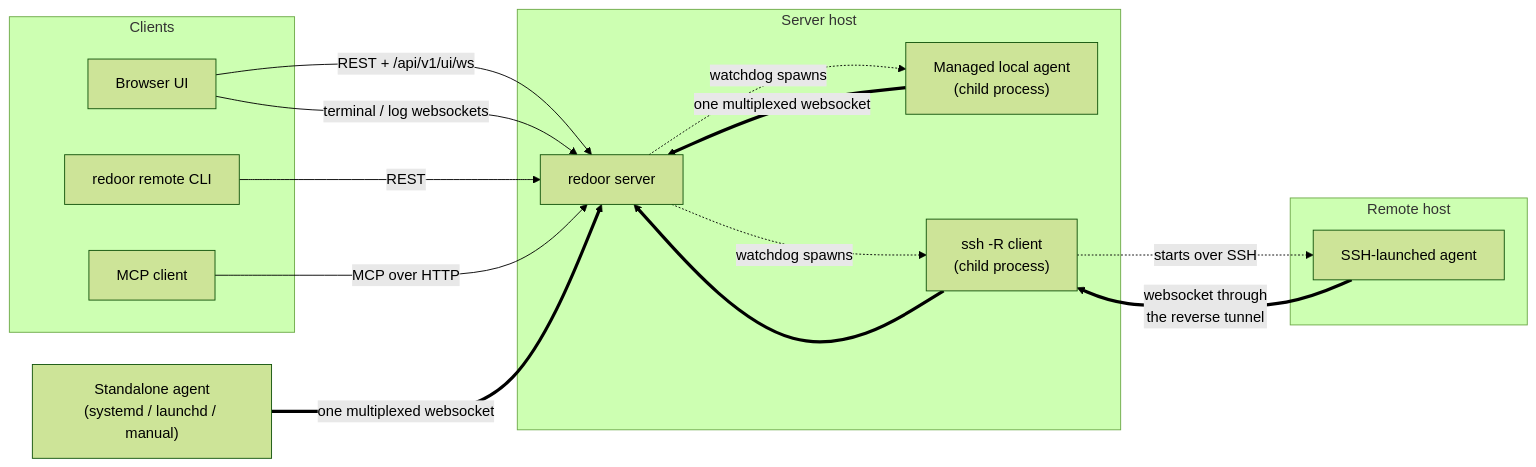
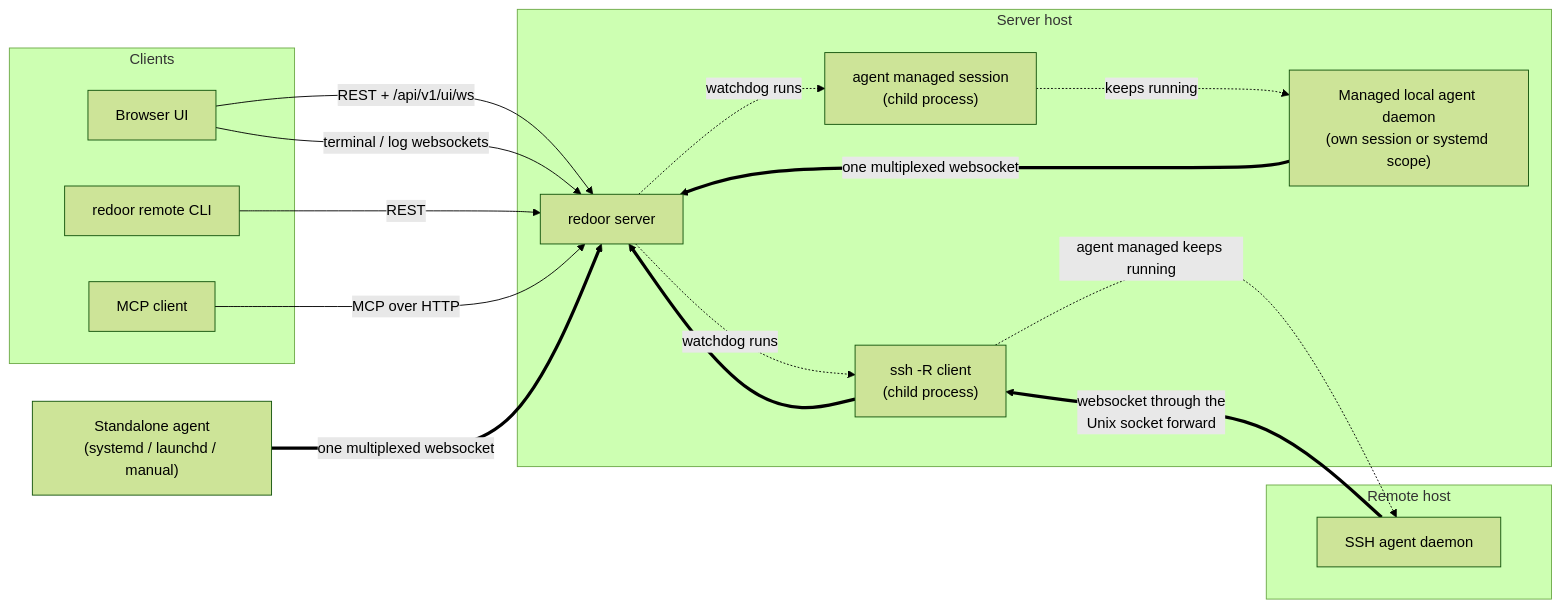
The second of 12 diagrams in ARCHITECTURE.md (esamattis/redoor), drawn with Mermaid (forest theme) before and after one commit. The commit also changed other lines of this file and 97 other files, not shown here.

````diff
--- a/ARCHITECTURE.md
+++ b/ARCHITECTURE.md
@@ -339,34 +347,36 @@
 ```mermaid
 flowchart LR
     subgraph clients["Clients"]
         browser["Browser UI"]
         cli["redoor remote CLI"]
         mcp["MCP client"]
     end
 
     subgraph serverhost["Server host"]
         server["redoor server"]
-        local["Managed local agent<br/>(child process)"]
+        local["Managed local agent daemon<br/>(own session or systemd scope)"]
+        holder["agent managed session<br/>(child process)"]
         ssh["ssh -R client<br/>(child process)"]
     end
 
     subgraph remote["Remote host"]
-        sshagent["SSH-launched agent"]
+        sshagent["SSH agent daemon"]
     end
 
     external["Standalone agent<br/>(systemd / launchd / manual)"]
 
     browser -->|"REST + /api/v1/ui/ws"| server
     browser -->|"terminal / log websockets"| server
     cli -->|"REST"| server
     mcp -->|"MCP over HTTP"| server
 
-    server -.->|"watchdog spawns"| local
-    server -.->|"watchdog spawns"| ssh
-    ssh -.->|"starts over SSH"| sshagent
+    server -.->|"watchdog runs"| holder
+    holder -.->|"keeps running"| local
+    server -.->|"watchdog runs"| ssh
+    ssh -.->|"agent managed keeps running"| sshagent
 
     local ==>|"one multiplexed websocket"| server
     external ==>|"one multiplexed websocket"| server
-    sshagent ==>|"websocket through<br/>the reverse tunnel"| ssh
+    sshagent ==>|"websocket through the<br/>Unix socket forward"| ssh
     ssh ==> server
 ```
````
